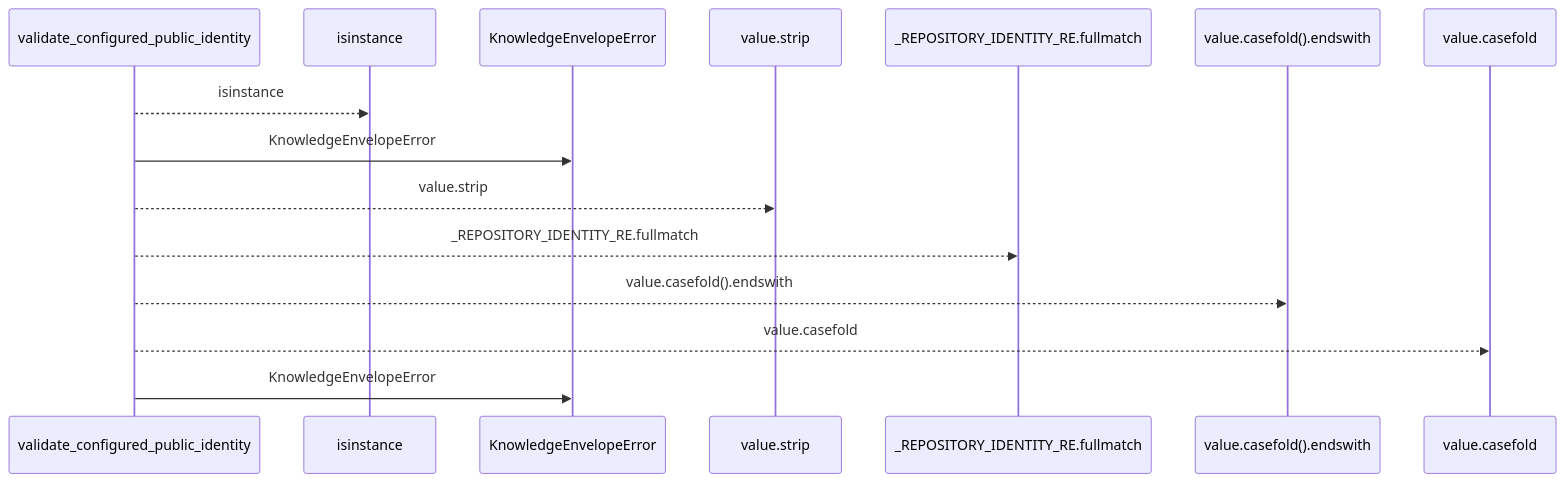
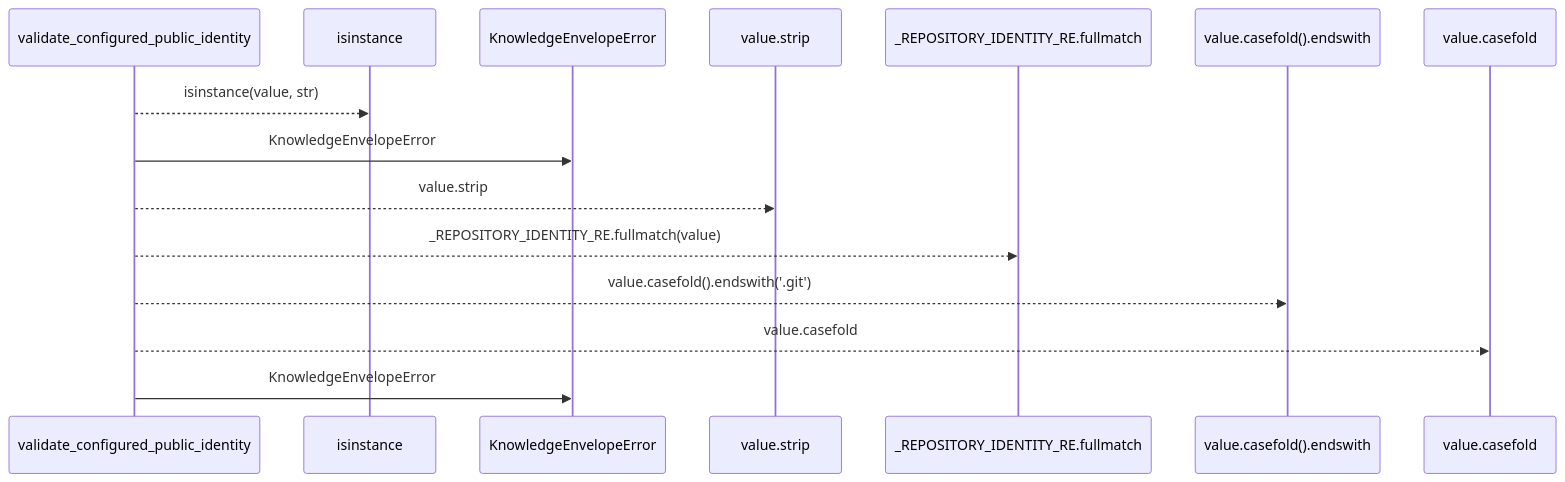
Before and after one commit to Denissvgn/python-wiki-llm: the first of 2 diagrams in docs/llm_wiki/flows/api-validate_configured_public_identity.md, drawn with Mermaid. The commit also changed other lines of this file and 1410 other files, not shown here.

````diff
--- a/docs/llm_wiki/flows/api-validate_configured_public_identity.md
+++ b/docs/llm_wiki/flows/api-validate_configured_public_identity.md
@@ -10,17 +12,17 @@
 ```mermaid
 sequenceDiagram
     participant p0 as validate_configured_public_identity
     participant p1 as isinstance
     participant p2 as KnowledgeEnvelopeError
     participant p3 as value.strip
     participant p4 as _REPOSITORY_IDENTITY_RE.fullmatch
     participant p5 as value.casefold().endswith
     participant p6 as value.casefold
-    p0-->>p1: isinstance
+    p0-->>p1: isinstance(value, str)
     p0->>p2: KnowledgeEnvelopeError
     p0-->>p3: value.strip
-    p0-->>p4: _REPOSITORY_IDENTITY_RE.fullmatch
-    p0-->>p5: value.casefold().endswith
+    p0-->>p4: _REPOSITORY_IDENTITY_RE.fullmatch(value)
+    p0-->>p5: value.casefold().endswith('.git')
     p0-->>p6: value.casefold
     p0->>p2: KnowledgeEnvelopeError
 ```
````
